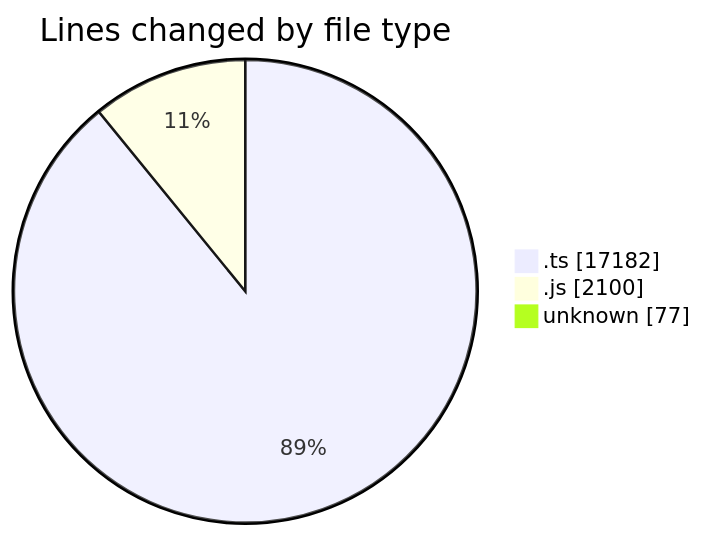
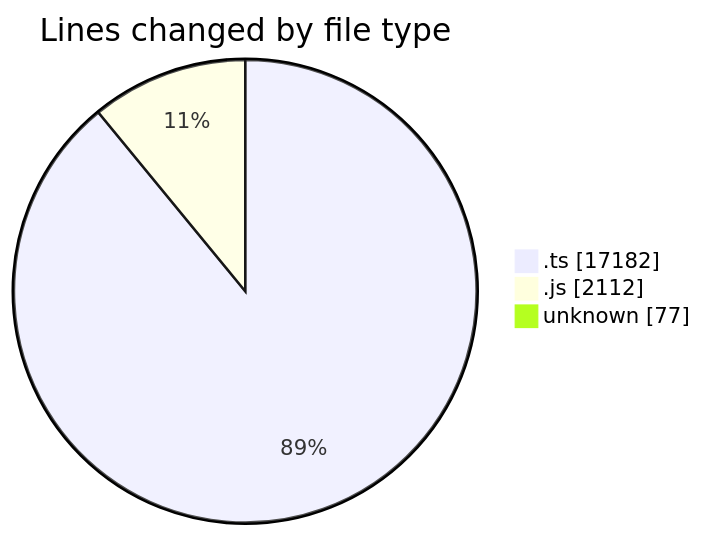
One commit to momahboobian/code-tracking changed the first of 2 diagrams in 2026-02-03/cda/README.md. Above: the diagram before and after it, drawn with Mermaid. The commit also changed other lines of this file and 1 other file, not shown here.

````diff
--- a/2026-02-03/cda/README.md
+++ b/2026-02-03/cda/README.md
@@ -28,7 +28,7 @@
 ```mermaid
 pie showData
 title Lines changed by file type
 ".ts" : 17182
-".js" : 2100
+".js" : 2112
 "unknown" : 77
 ```
````
